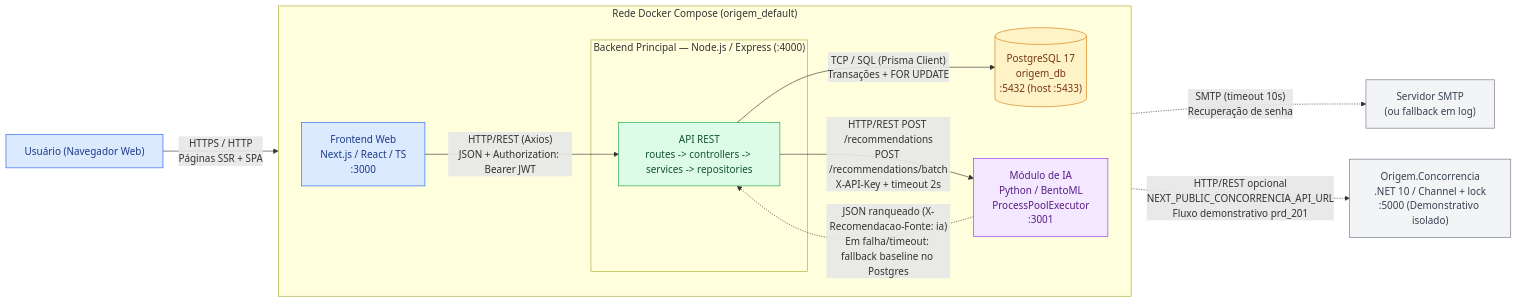
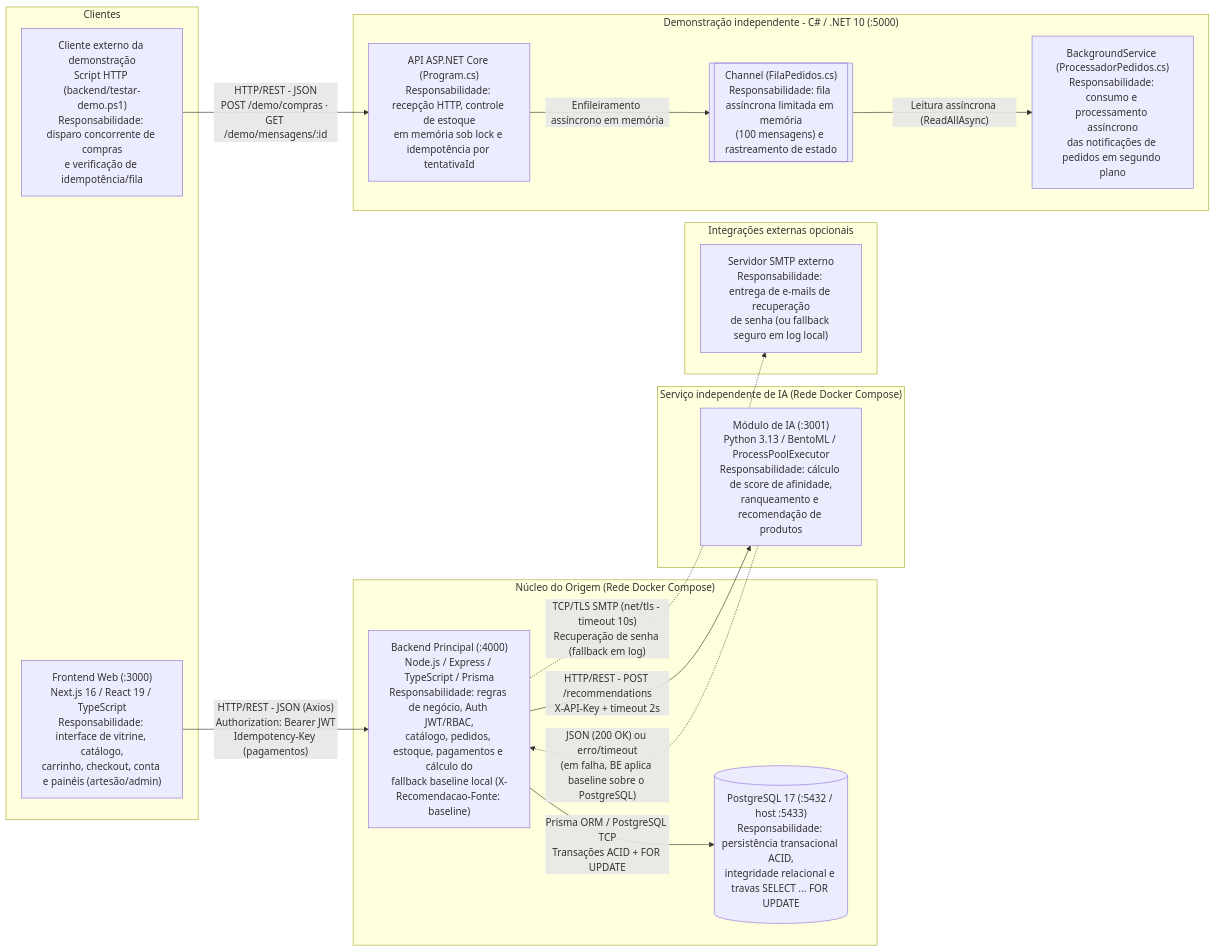
Before and after one commit to Samara020/Projeto-Integrador-Origem: the diagram in docs/arquitetura/arquitetura-distribuida.md, drawn with Mermaid. The commit also changed other lines of this file and 5 other files, not shown here.

````diff
--- a/docs/arquitetura/arquitetura-distribuida.md
+++ b/docs/arquitetura/arquitetura-distribuida.md
@@ -24,41 +25,36 @@
 ```mermaid
 flowchart LR
-    USER["Usuário (Navegador Web)"]
-
-    subgraph DOCKER["Rede Docker Compose (origem_default)"]
-        direction LR
-
-        FRONT["Frontend Web\nNext.js / React / TS\n:3000"]
-
-        subgraph BACKEND_BOX["Backend Principal — Node.js / Express (:4000)"]
-            API["API REST\nroutes -> controllers -> services -> repositories"]
-        end
-
-        IA["Módulo de IA\nPython / BentoML\nProcessPoolExecutor\n:3001"]
-
-        DB[("PostgreSQL 17\norigem_db\n:5432 (host :5433)")]
+    subgraph Clientes["Clientes"]
+        FE["Frontend Web (:3000)<br/>Next.js 16 / React 19 / TypeScript<br/>Responsabilidade: interface de vitrine, catálogo,<br/>carrinho, checkout, conta e painéis (artesão/admin)"]
+        CLI["Cliente externo da demonstração<br/>Script HTTP (backend/testar-demo.ps1)<br/>Responsabilidade: disparo concorrente de compras<br/>e verificação de idempotência/fila"]
     end
 
-    SMTP["Servidor SMTP\n(ou fallback em log)"]
-    DEMO["Origem.Concorrencia\n.NET 10 / Channel + lock\n:5000 (Demonstrativo isolado)"]
+    subgraph Origem["Núcleo do Origem (Rede Docker Compose)"]
+        BE["Backend Principal (:4000)<br/>Node.js / Express / TypeScript / Prisma<br/>Responsabilidade: regras de negócio, Auth JWT/RBAC,<br/>catálogo, pedidos, estoque, pagamentos e cálculo do<br/>fallback baseline local (X-Recomendacao-Fonte: baseline)"]
+        DB[("PostgreSQL 17 (:5432 / host :5433)<br/>Responsabilidade: persistência transacional ACID,<br/>integridade relacional e travas SELECT ... FOR UPDATE")]
+    end
 
-    USER -->|"HTTPS / HTTP\nPáginas SSR + SPA"| FRONT
-    FRONT -->|"HTTP/REST (Axios)\nJSON + Authorization: Bearer JWT"| API
-    API -->|"TCP / SQL (Prisma Client)\nTransações + FOR UPDATE"| DB
-    API -->|"HTTP/REST POST /recommendations\nPOST /recommendations/batch\nX-API-Key + timeout 2s"| IA
-    IA -.->|"JSON ranqueado (X-Recomendacao-Fonte: ia)\nEm falha/timeout: fallback baseline no Postgres"| API
-    API -.->|"SMTP (timeout 10s)\nRecuperação de senha"| SMTP
-    FRONT -.->|"HTTP/REST opcional\nNEXT_PUBLIC_CONCORRENCIA_API_URL\nFluxo demonstrativo prd_201"| DEMO
+    subgraph IA["Serviço independente de IA (Rede Docker Compose)"]
+        AI["Módulo de IA (:3001)<br/>Python 3.13 / BentoML / ProcessPoolExecutor<br/>Responsabilidade: cálculo de score de afinidade,<br/>ranqueamento e recomendação de produtos"]
+    end
 
-    classDef client fill:#dbeafe,stroke:#2563eb,color:#1e3a8a
-    classDef api fill:#dcfce7,stroke:#16a34a,color:#14532d
-    classDef ai fill:#f3e8ff,stroke:#9333ea,color:#581c87
-    classDef db fill:#fef3c7,stroke:#d97706,color:#78350f
-    classDef ext fill:#f3f4f6,stroke:#6b7280,color:#374151
+    subgraph Externos["Integrações externas opcionais"]
+        SMTP["Servidor SMTP externo<br/>Responsabilidade: entrega de e-mails de recuperação<br/>de senha (ou fallback seguro em log local)"]
+    end
 
-    class USER,FRONT client
-    class API api
-    class IA ai
-    class DB db
-    class SMTP,DEMO ext
+    subgraph Concorrencia["Demonstração independente - C# / .NET 10 (:5000)"]
+        API["API ASP.NET Core (Program.cs)<br/>Responsabilidade: recepção HTTP, controle de estoque<br/>em memória sob lock e idempotência por tentativaId"]
+        Fila[["Channel (FilaPedidos.cs)<br/>Responsabilidade: fila assíncrona limitada em memória<br/>(100 mensagens) e rastreamento de estado"]]
+        Worker["BackgroundService (ProcessadorPedidos.cs)<br/>Responsabilidade: consumo e processamento assíncrono<br/>das notificações de pedidos em segundo plano"]
+    end
+
+    FE -->|"HTTP/REST - JSON (Axios)<br/>Authorization: Bearer JWT<br/>Idempotency-Key (pagamentos)"| BE
+    BE -->|"Prisma ORM / PostgreSQL TCP<br/>Transações ACID + FOR UPDATE"| DB
+    BE -->|"HTTP/REST - POST /recommendations<br/>X-API-Key + timeout 2s"| AI
+    AI -.->|"JSON (200 OK) ou erro/timeout<br/>(em falha, BE aplica baseline sobre o PostgreSQL)"| BE
+    BE -.->|"TCP/TLS SMTP (net/tls - timeout 10s)<br/>Recuperação de senha (fallback em log)"| SMTP
+
+    CLI -->|"HTTP/REST - JSON<br/>POST /demo/compras · GET /demo/mensagens/:id"| API
+    API -->|"Enfileiramento assíncrono em memória"| Fila
+    Fila -->|"Leitura assíncrona (ReadAllAsync)"| Worker
 ```
````
